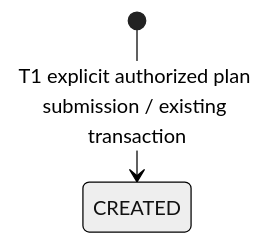
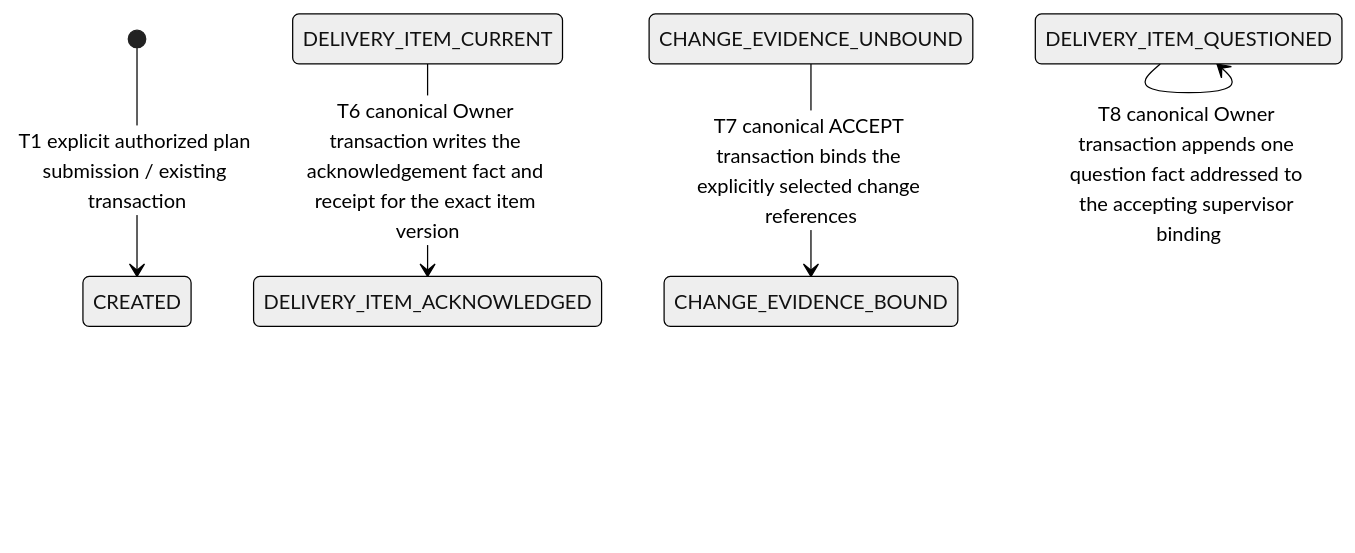
The third of 3 diagrams in docs/feature-flows/gui-personal-workbench/flow.md (lusblead/dsh-Kingdom), drawn with Mermaid (neutral theme) before and after one commit. The commit also changed other lines of this file and 33 other files, not shown here.

````diff
--- a/docs/feature-flows/gui-personal-workbench/flow.md
+++ b/docs/feature-flows/gui-personal-workbench/flow.md
@@ -74,4 +111,7 @@
 ```mermaid
 stateDiagram-v2
     [*] --> CREATED: T1 explicit authorized plan submission / existing transaction
+    DELIVERY_ITEM_CURRENT --> DELIVERY_ITEM_ACKNOWLEDGED: T6 canonical Owner transaction writes the acknowledgement fact and receipt for the exact item version
+    CHANGE_EVIDENCE_UNBOUND --> CHANGE_EVIDENCE_BOUND: T7 canonical ACCEPT transaction binds the explicitly selected change references
+    DELIVERY_ITEM_QUESTIONED --> DELIVERY_ITEM_QUESTIONED: T8 canonical Owner transaction appends one question fact addressed to the accepting supervisor binding
 ```
````
